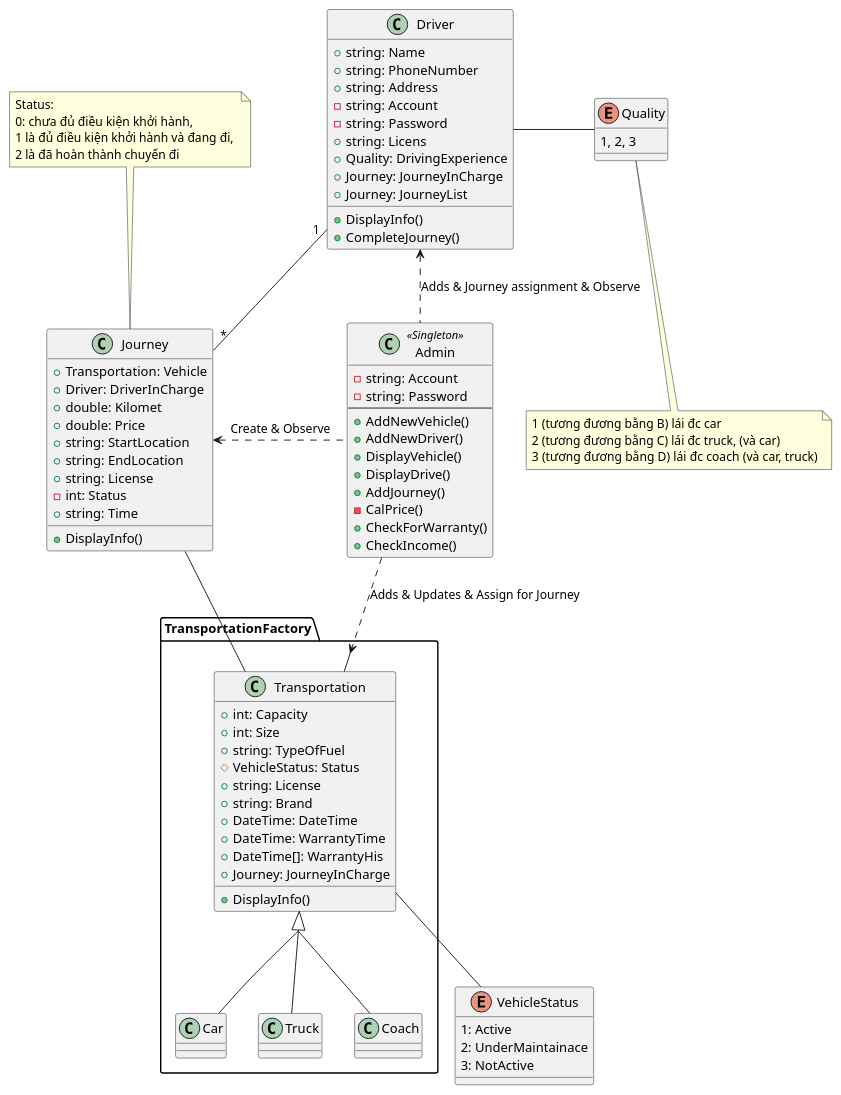
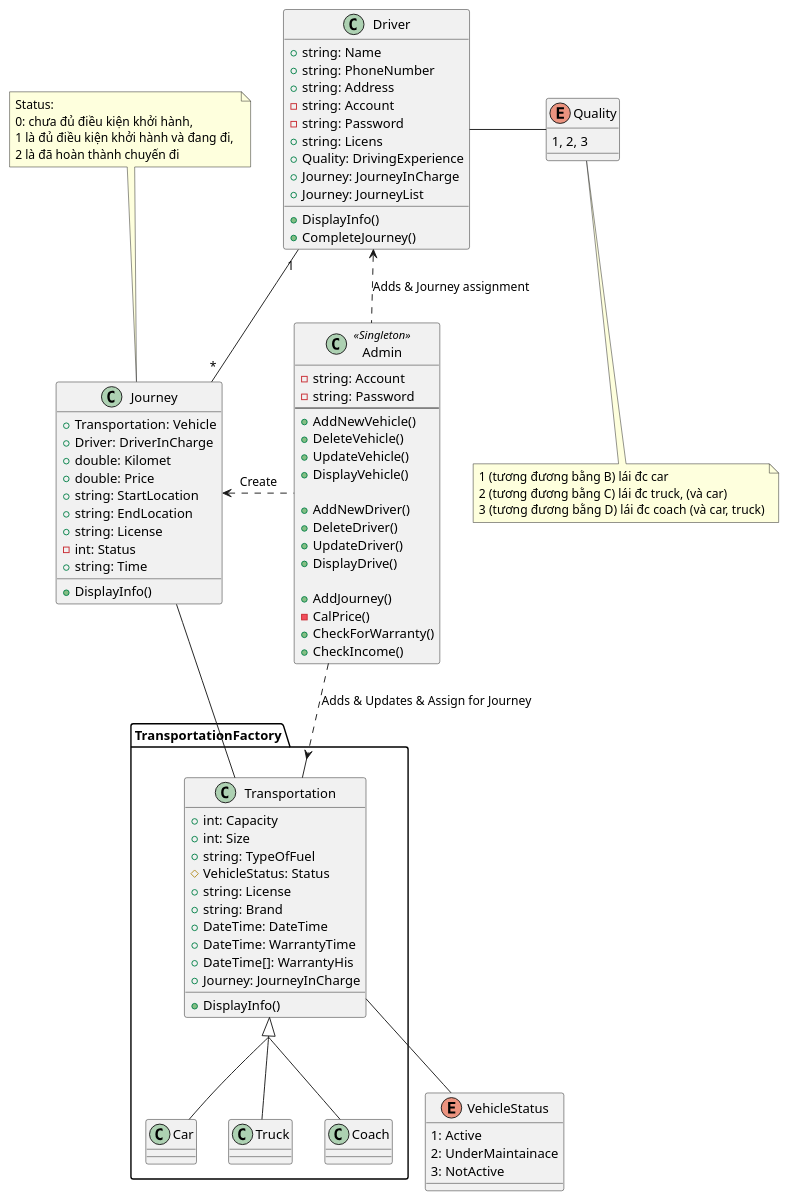
Before and after one commit to SirGreen/BTL-LTNC: the diagram in Diagram/BTL-LTNC.plantuml, drawn with PlantUML. The commit also changed 2 other files, not shown here.

Commit message:
update diagram

```diff
--- a/Diagram/BTL-LTNC.plantuml
+++ b/Diagram/BTL-LTNC.plantuml
@@ -1,103 +1,109 @@
 @startuml quan_ly_xe
 skinparam groupInheritance 3
 
 package TransportationFactory <<Folder>>{
 
     class Transportation{
         + int: Capacity
         + int: Size
         + string: TypeOfFuel
         # VehicleStatus: Status
         + string: License
         + string: Brand
         + DateTime: DateTime
         + DateTime: WarrantyTime
         + DateTime[]: WarrantyHis
         + Journey: JourneyInCharge
         + DisplayInfo()
     }
 
     class Car{
     }
 
     class Truck{
     }
 
     class Coach {
     }
 }
 
 enum VehicleStatus{
     1: Active
     2: UnderMaintainace
     3: NotActive
 }
 class Driver{
     + string: Name
     + string: PhoneNumber
     + string: Address
     - string: Account
     - string: Password
     + string: Licens
     + Quality: DrivingExperience
     + Journey: JourneyInCharge
     + Journey: JourneyList
     + DisplayInfo()
     + CompleteJourney() 
 }
 
 class Journey{
     + Transportation: Vehicle
     + Driver: DriverInCharge
     + double: Kilomet
     + double: Price
     + string: StartLocation
     + string: EndLocation
     + string: License
     - int: Status
     + string: Time
     + DisplayInfo()
 }
 
 note top of Journey
 Status:
 0: chưa đủ điều kiện khởi hành, 
 1 là đủ điều kiện khởi hành và đang đi, 
 2 là đã hoàn thành chuyến đi
 end note
 
 class Admin <<Singleton>>{
     - string: Account
     - string: Password
     --
     + AddNewVehicle()
+    + DeleteVehicle()
+    + UpdateVehicle()
+    + DisplayVehicle()
+
     + AddNewDriver()
-    + DisplayVehicle()
+    + DeleteDriver()
+    + UpdateDriver()
     + DisplayDrive()
+    
     + AddJourney()
     - CalPrice()
     + CheckForWarranty()
     + CheckIncome()
 }
 
 enum Quality{
     1, 2, 3
 }
 
 note bottom of Quality
 1 (tương đương bằng B) lái đc car 
 2 (tương đương bằng C) lái đc truck, (và car)
 3 (tương đương bằng D) lái đc coach (và car, truck)
 end note
 
 Transportation <|-- Truck
 Transportation <|-- Car
 Transportation <|-- Coach
 Driver -right- Quality
 Driver "1"-down- "*"Journey
 VehicleStatus -up- Transportation
 Admin -down[dashed]-> Transportation: Adds & Updates & Assign for Journey
-Admin -left[dashed]-> Driver: Adds & Journey assignment & Observe
-Journey <-right[dashed]- Admin: Create & Observe
+Admin -left[dashed]-> Driver: Adds & Journey assignment
+Journey <-right[dashed]- Admin: Create
 Transportation -left- Journey
 @enduml
```
